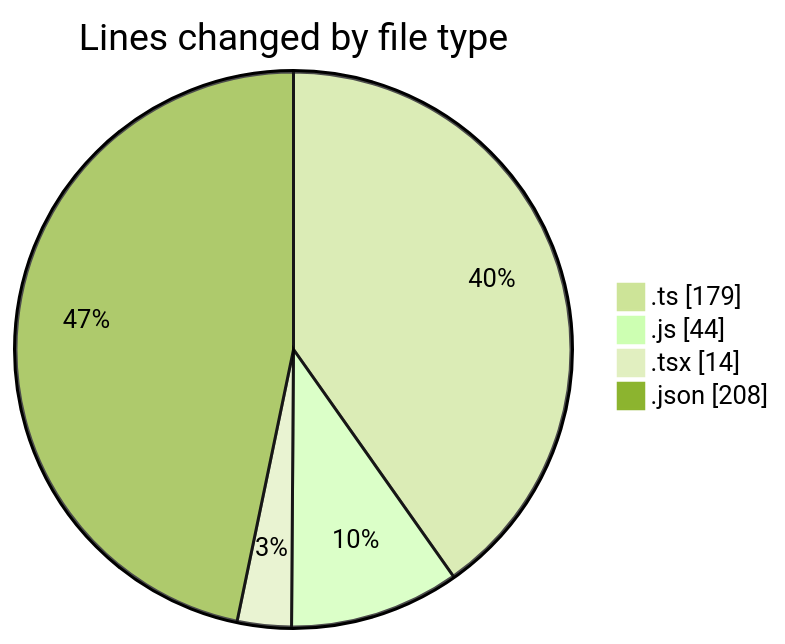
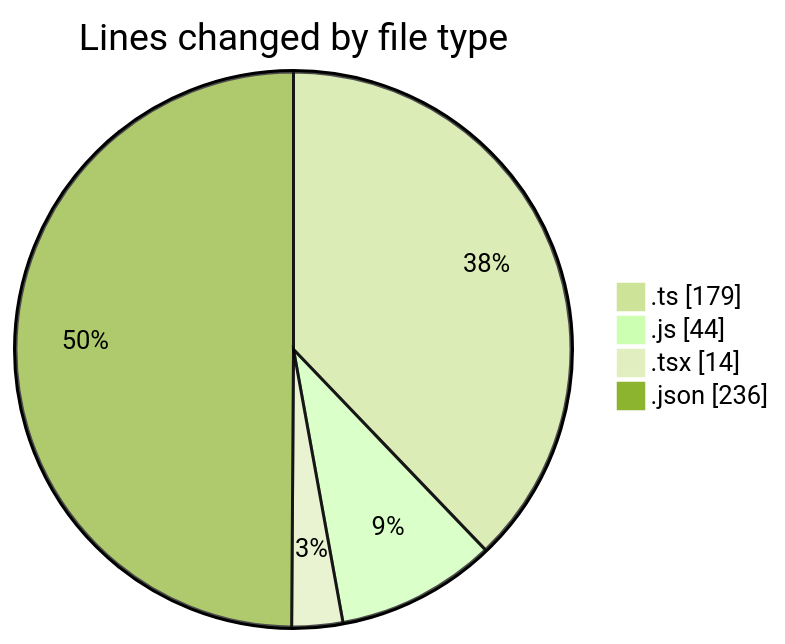
The first of 2 diagrams in 2026-08-03/cda/README.md (momahboobian/code-tracking), drawn with Mermaid (forest theme) before and after one commit. The commit also changed other lines of this file and 1 other file, not shown here.

````diff
--- a/2026-08-03/cda/README.md
+++ b/2026-08-03/cda/README.md
@@ -28,8 +28,8 @@
 ```mermaid
 pie showData
 title Lines changed by file type
 ".ts" : 179
 ".js" : 44
 ".tsx" : 14
-".json" : 208
+".json" : 236
 ```
````
